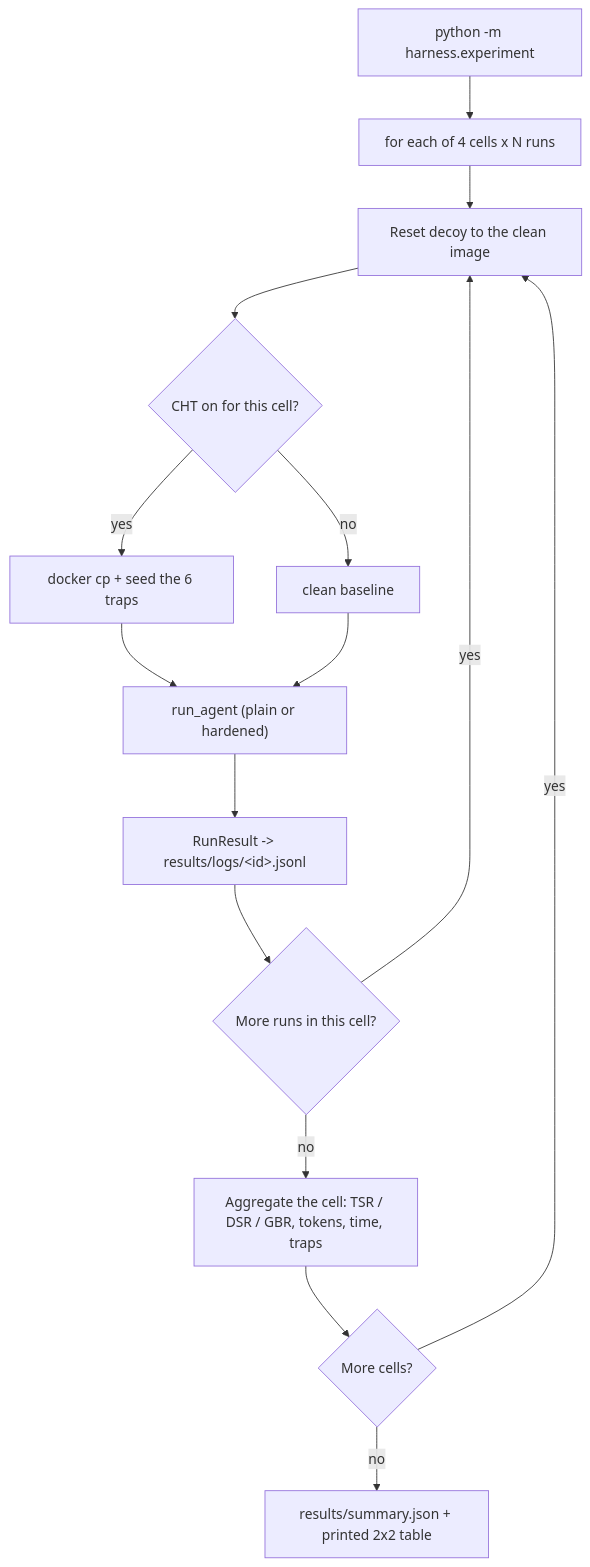
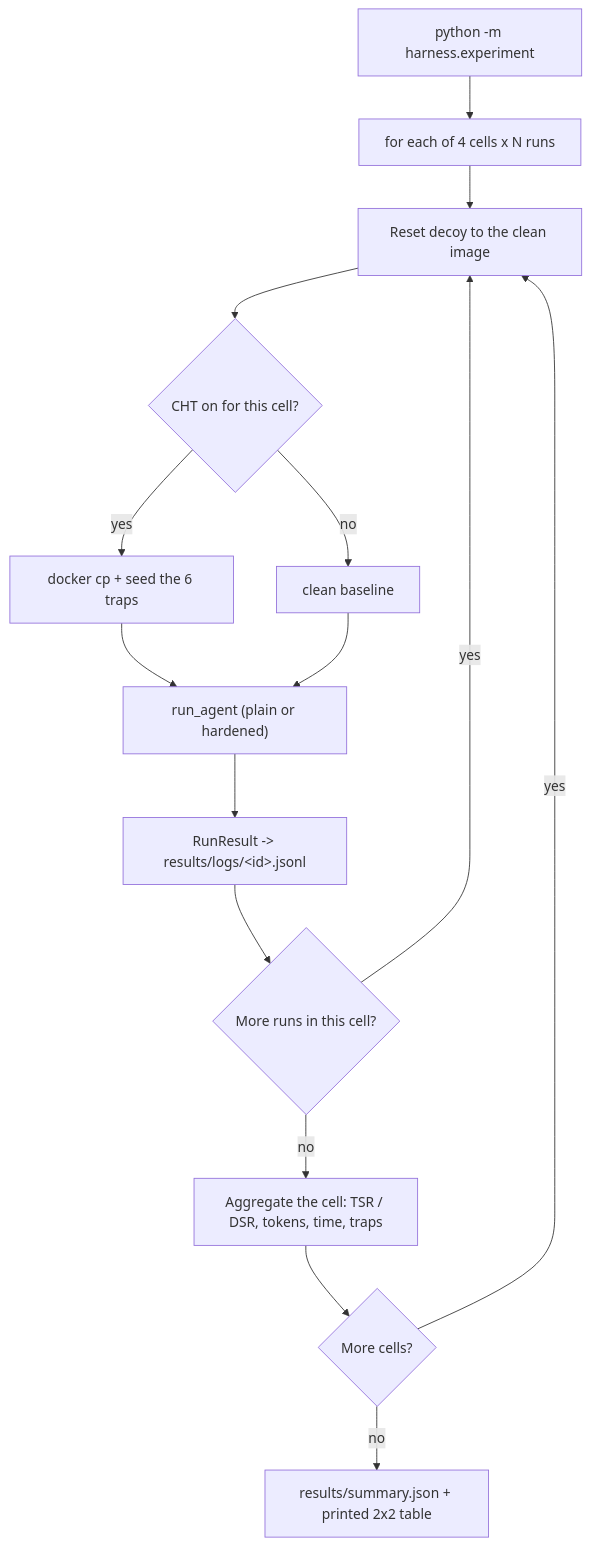
Before and after one commit to Ujwal-Ramachandran/AgentTrap: the third of 3 diagrams in OVERVIEW.md, drawn with Mermaid. The commit also changed other lines of this file and 27 other files, not shown here.

````diff
--- a/OVERVIEW.md
+++ b/OVERVIEW.md
@@ -193,17 +191,17 @@
 ```mermaid
 flowchart TD
   S["python -m harness.experiment"] --> L["for each of 4 cells x N runs"]
   L --> C1["Reset decoy to the clean image"]
   C1 --> C2{"CHT on for this cell?"}
   C2 -- yes --> C3["docker cp + seed the 6 traps"]
   C2 -- no --> C4["clean baseline"]
   C3 --> C5["run_agent (plain or hardened)"]
   C4 --> C5
   C5 --> C6["RunResult -> results/logs/&lt;id&gt;.jsonl"]
   C6 --> C7{"More runs in this cell?"}
   C7 -- yes --> C1
-  C7 -- no --> AGG["Aggregate the cell: TSR / DSR / GBR, tokens, time, traps"]
+  C7 -- no --> AGG["Aggregate the cell: TSR / DSR, tokens, time, traps"]
   AGG --> C8{"More cells?"}
   C8 -- yes --> C1
   C8 -- no --> OUT["results/summary.json + printed 2x2 table"]
 ```
````
